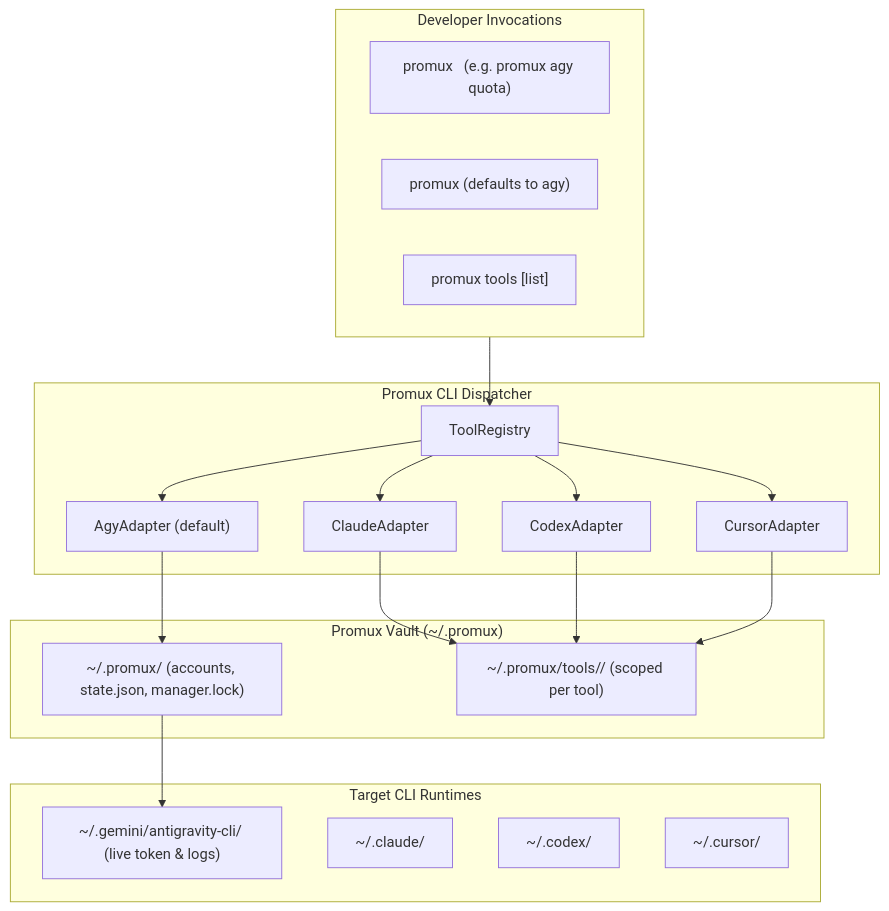
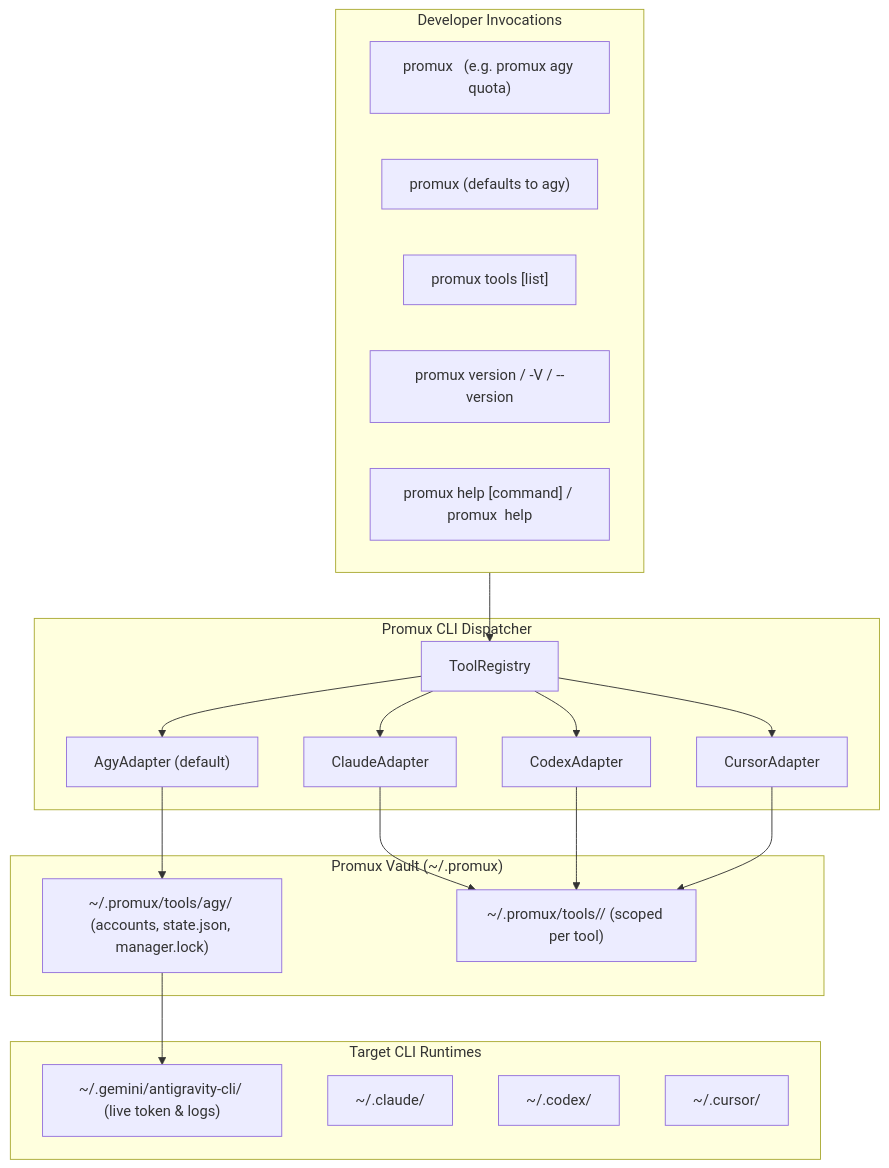
One commit to alirezaopmc/promux changed the first of 2 diagrams in SPEC.md. Above: the diagram before and after it, drawn with Mermaid. The commit also changed other lines of this file and 1 other file, not shown here.

First line of the commit message:
docs: update README and SPEC for version, help, and uniform storage layout

````diff
--- a/SPEC.md
+++ b/SPEC.md
@@ -34,41 +34,43 @@
 ```mermaid
 flowchart TD
     subgraph ClientInvocation["Developer Invocations"]
         ToolFirst["promux <tool> <command> (e.g. promux agy quota)"]
         TopLevel["promux <command> (defaults to agy)"]
         ToolsCmd["promux tools [list]"]
+        VersionCmd["promux version / -V / --version"]
+        HelpCmd["promux help [command] / promux <tool> help"]
     end
 
     subgraph PromuxDispatcher["Promux CLI Dispatcher"]
         Registry["ToolRegistry"]
         AgyAdapter["AgyAdapter (default)"]
         ClaudeAdapter["ClaudeAdapter"]
         CodexAdapter["CodexAdapter"]
         CursorAdapter["CursorAdapter"]
     end
 
     subgraph PromuxStorage["Promux Vault (~/.promux)"]
-        AgyVault["~/.promux/ (accounts, state.json, manager.lock)"]
+        AgyVault["~/.promux/tools/agy/ (accounts, state.json, manager.lock)"]
         ToolVaults["~/.promux/tools/<tool_name>/ (scoped per tool)"]
     end
 
     subgraph TargetRuntimes["Target CLI Runtimes"]
         AgyRuntime["~/.gemini/antigravity-cli/ (live token & logs)"]
         ClaudeRuntime["~/.claude/"]
         CodexRuntime["~/.codex/"]
         CursorRuntime["~/.cursor/"]
     end
 
     ClientInvocation --> Registry
     Registry --> AgyAdapter
     Registry --> ClaudeAdapter
     Registry --> CodexAdapter
     Registry --> CursorAdapter
 
     AgyAdapter --> AgyVault
     ClaudeAdapter --> ToolVaults
     CodexAdapter --> ToolVaults
     CursorAdapter --> ToolVaults
 
     AgyVault --> AgyRuntime
 ```
````
